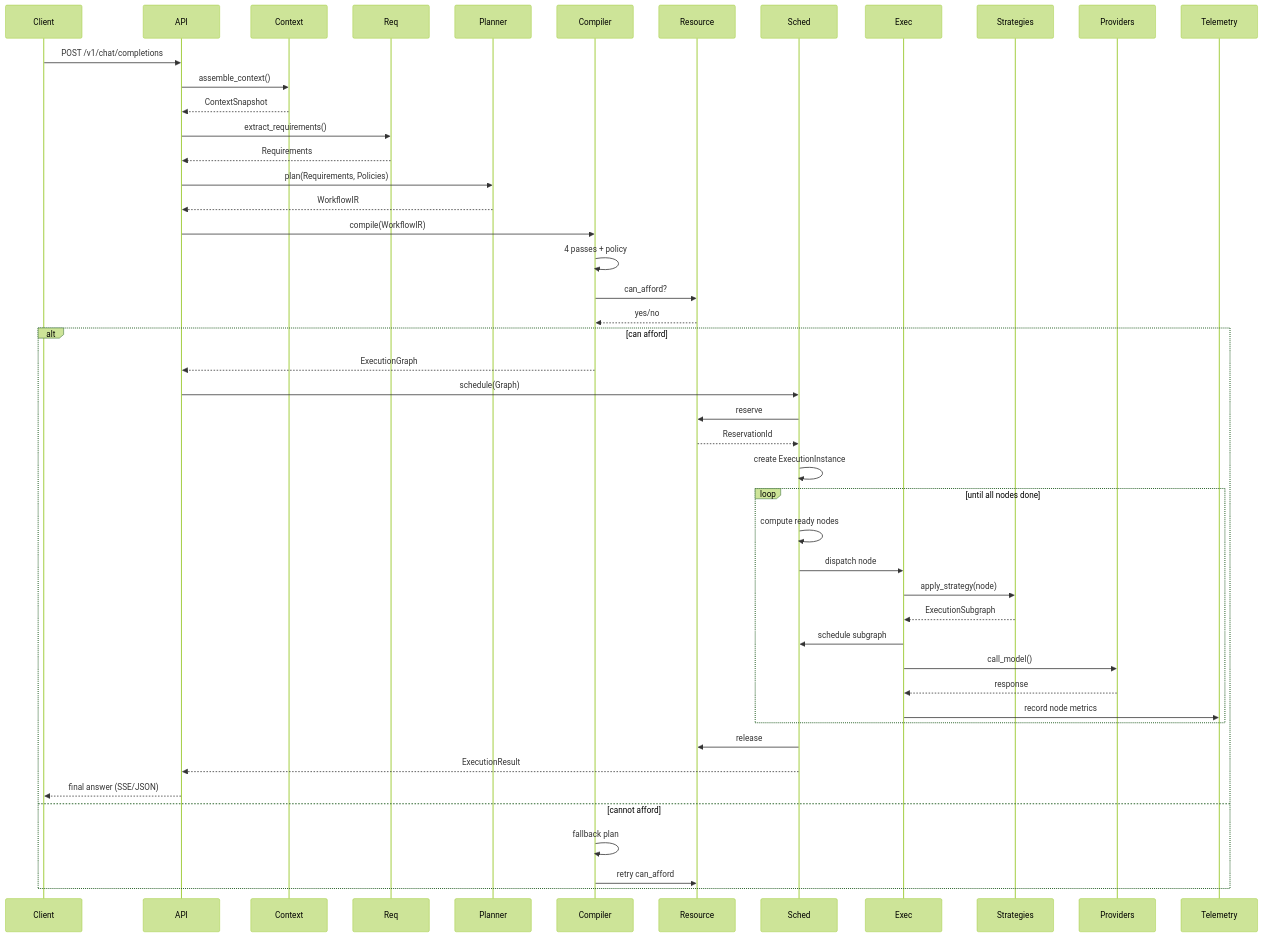
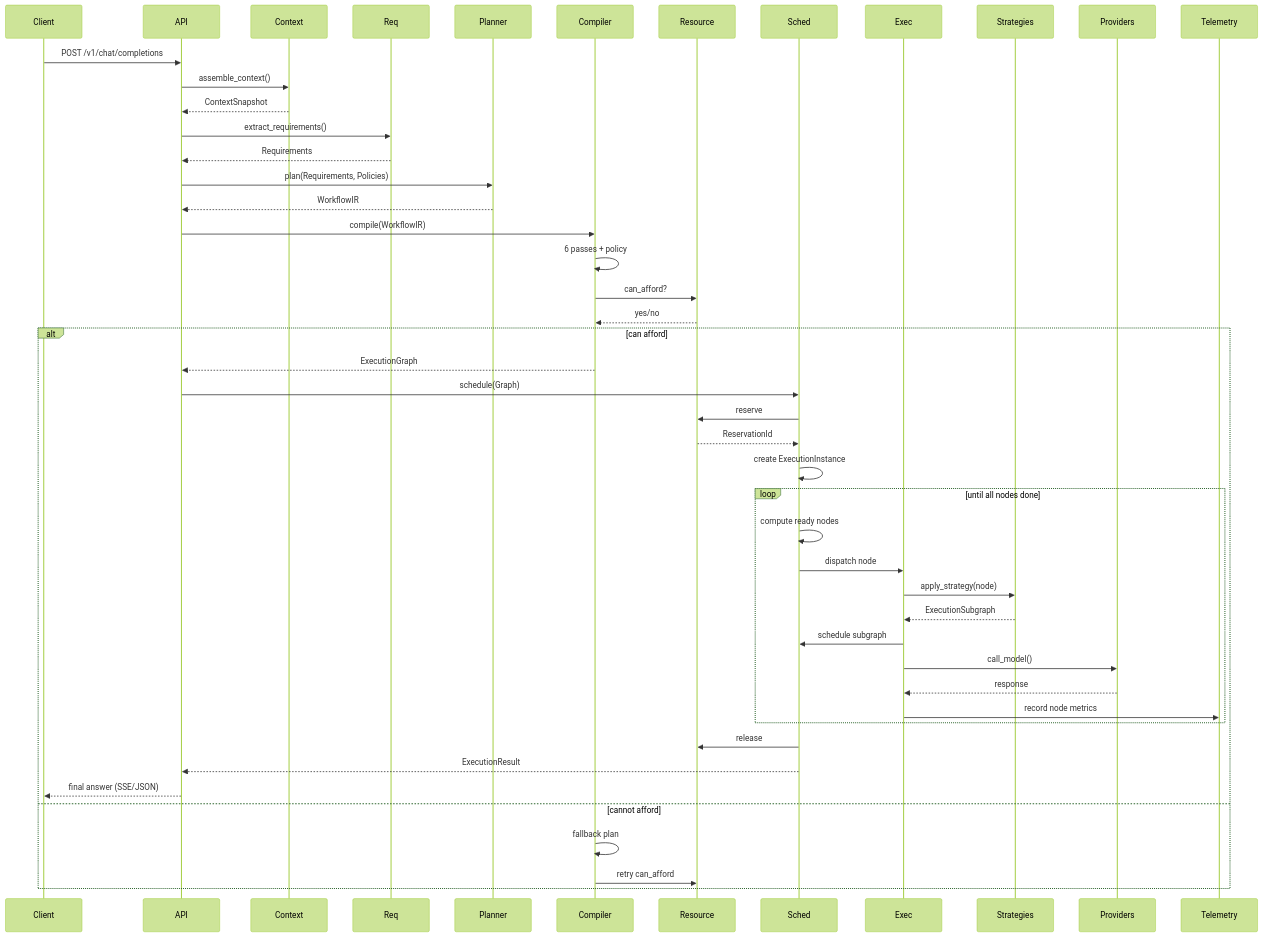
The third of 3 diagrams in docs/architecture/specification.md (NeutronZero/fusion-router), drawn with Mermaid (forest theme) before and after one commit. The commit also changed other lines of this file and 49 other files, not shown here.

````diff
--- a/docs/architecture/specification.md
+++ b/docs/architecture/specification.md
@@ -332,50 +343,50 @@
 ```mermaid
 sequenceDiagram
     participant Client
     participant API
     participant Context
     participant Req
     participant Planner
     participant Compiler
     participant Resource
     participant Sched
     participant Exec
     participant Strategies
     participant Providers
     participant Telemetry
 
     Client->>API: POST /v1/chat/completions
     API->>Context: assemble_context()
     Context-->>API: ContextSnapshot
     API->>Req: extract_requirements()
     Req-->>API: Requirements
     API->>Planner: plan(Requirements, Policies)
     Planner-->>API: WorkflowIR
     API->>Compiler: compile(WorkflowIR)
-    Compiler->>Compiler: 4 passes + policy
+    Compiler->>Compiler: 6 passes + policy
     Compiler->>Resource: can_afford?
     Resource-->>Compiler: yes/no
     alt can afford
         Compiler-->>API: ExecutionGraph
         API->>Sched: schedule(Graph)
         Sched->>Resource: reserve
         Resource-->>Sched: ReservationId
         Sched->>Sched: create ExecutionInstance
         loop until all nodes done
             Sched->>Sched: compute ready nodes
             Sched->>Exec: dispatch node
             Exec->>Strategies: apply_strategy(node)
             Strategies-->>Exec: ExecutionSubgraph
             Exec->>Sched: schedule subgraph
             Exec->>Providers: call_model()
             Providers-->>Exec: response
             Exec->>Telemetry: record node metrics
         end
         Sched->>Resource: release
         Sched-->>API: ExecutionResult
         API-->>Client: final answer (SSE/JSON)
     else cannot afford
         Compiler->>Compiler: fallback plan
         Compiler->>Resource: retry can_afford
     end
 ```
````
